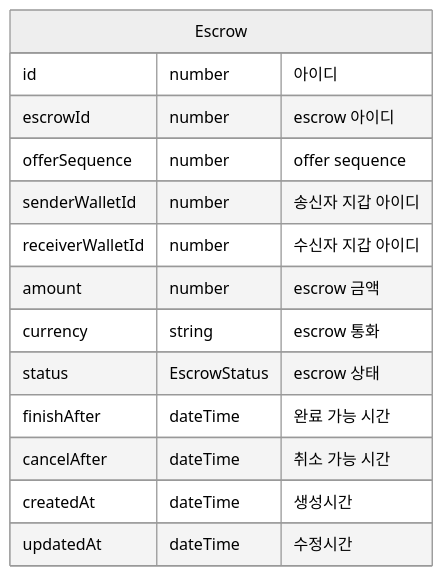
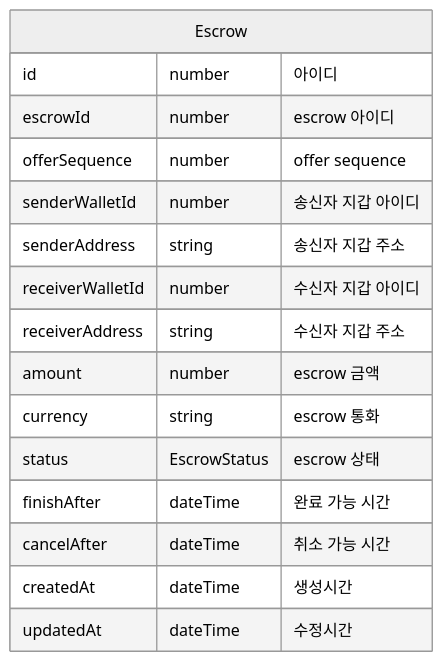
Before and after one commit to diydriller/xrpay-server: the third of 5 diagrams in docs/erd.md, drawn with Mermaid (neutral theme). The commit also changed other lines of this file and 1 other file, not shown here.

````diff
--- a/docs/erd.md
+++ b/docs/erd.md
@@ -61,17 +60,19 @@
 ```mermaid
 erDiagram
 	Escrow {
         id number "아이디"
         escrowId number "escrow 아이디"
         offerSequence number "offer sequence"       
         senderWalletId number "송신자 지갑 아이디"
+        senderAddress string "송신자 지갑 주소"
         receiverWalletId number "수신자 지갑 아이디"
+        receiverAddress string "수신자 지갑 주소"
         amount number "escrow 금액"
         currency string "escrow 통화"
         status EscrowStatus "escrow 상태"
         finishAfter dateTime "완료 가능 시간"
         cancelAfter dateTime "취소 가능 시간"
         createdAt dateTime "생성시간"
         updatedAt dateTime "수정시간"
     }
 ```
````
